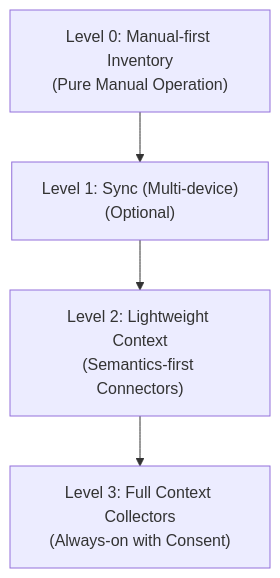
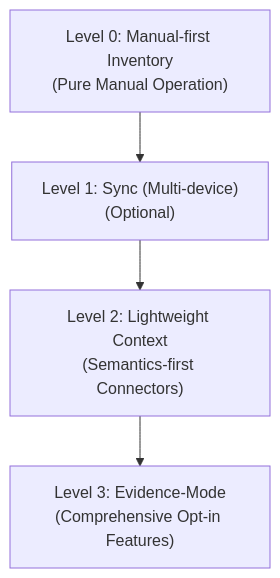
One commit to asukhodko/timeskein changed the third of 4 diagrams in .qoder/repowiki/en/content/Development Roadmap.md. Above: the diagram before and after it, drawn with Mermaid. The commit also changed other lines of this file and 6 other files, not shown here.

First line of the commit message:
docs(adr): add ADR-0003 Evidence-Mode Opt-in architecture decision

````diff
--- a/.qoder/repowiki/en/content/Development Roadmap.md
+++ b/.qoder/repowiki/en/content/Development Roadmap.md
@@ -270,6 +365,6 @@
 ```mermaid
 flowchart TD
 L0["Level 0: Manual-first Inventory<br/>(Pure Manual Operation)"] --> L1["Level 1: Sync (Multi-device)<br/>(Optional)"]
 L1 --> L2["Level 2: Lightweight Context<br/>(Semantics-first Connectors)"]
-L2 --> L3["Level 3: Full Context Collectors<br/>(Always-on with Consent)"]
+L2 --> L3["Level 3: Evidence-Mode<br/>(Comprehensive Opt-in Features)"]
 ```
````
